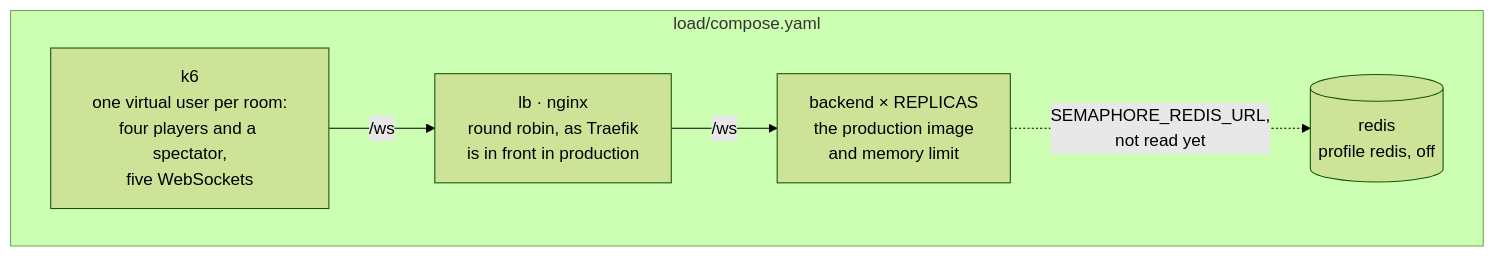
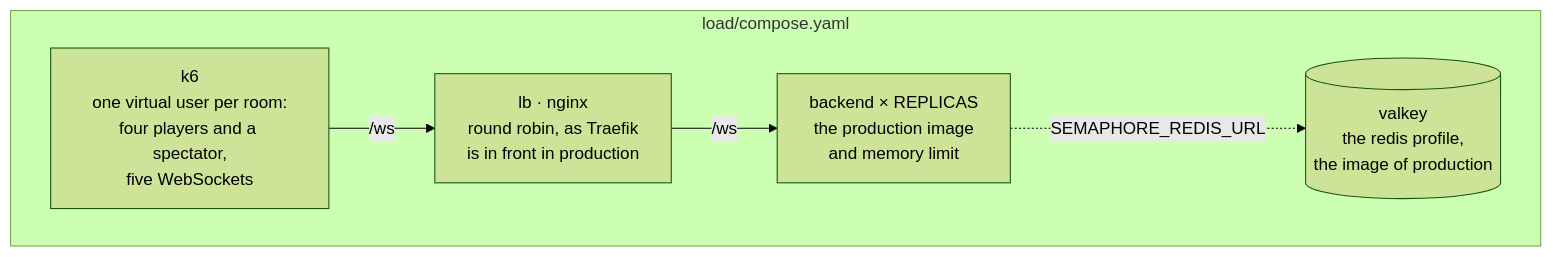
Before and after one commit to Didelo-lilian/semaphore: the first of 4 diagrams in README.md, drawn with Mermaid (forest theme). The commit also changed other lines of this file and 4 other files, not shown here.

````diff
--- a/README.md
+++ b/README.md
@@ -83,13 +83,13 @@
 ```mermaid
 flowchart LR
   subgraph rig["load/compose.yaml"]
     direction LR
     k6["k6<br/>one virtual user per room:<br/>four players and a spectator,<br/>five WebSockets"]
     lb["lb · nginx<br/>round robin, as Traefik<br/>is in front in production"]
     back["backend × REPLICAS<br/>the production image<br/>and memory limit"]
-    redis[("redis<br/>profile redis, off")]
+    redis[("valkey<br/>the redis profile,<br/>the image of production")]
   end
   k6 -->|"/ws"| lb
   lb -->|"/ws"| back
-  back -.->|"SEMAPHORE_REDIS_URL,<br/>not read yet"| redis
+  back -.->|"SEMAPHORE_REDIS_URL"| redis
 ```
````
